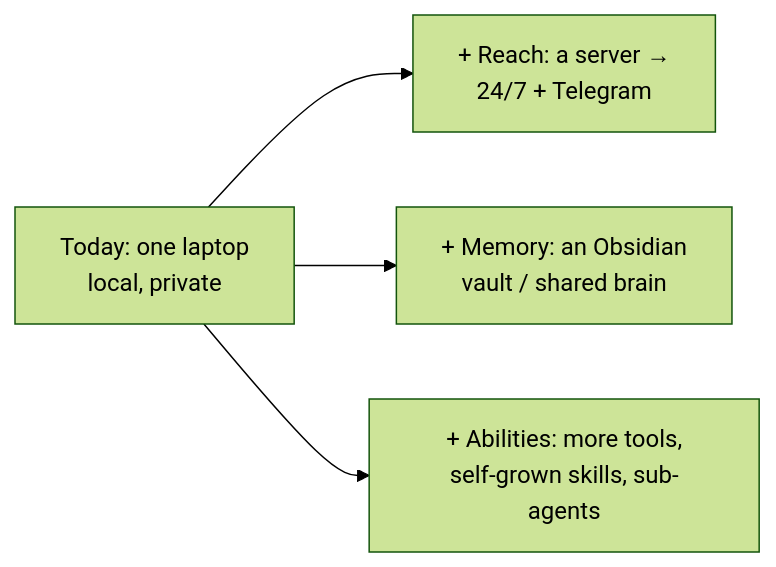
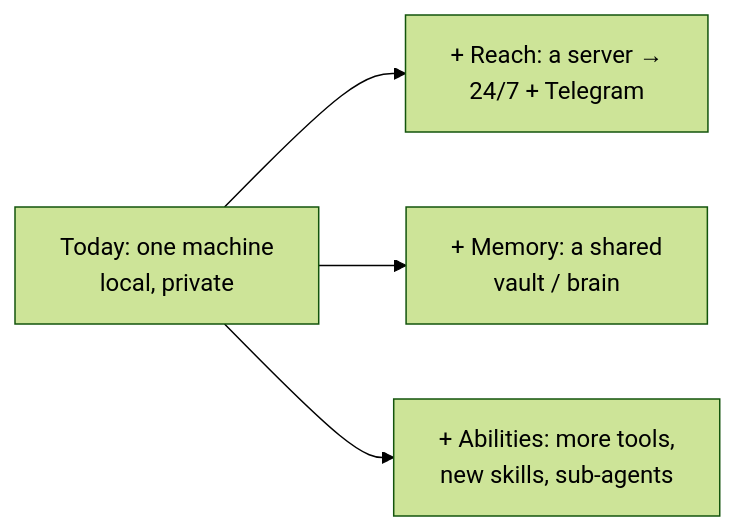
The fifth of 7 diagrams in docs/guidebook.md (romaluev/ernest-cc), drawn with Mermaid (forest theme) before and after one commit. The commit also changed other lines of this file and 6 other files, not shown here.

````diff
--- a/docs/guidebook.md
+++ b/docs/guidebook.md
@@ -134,6 +138,6 @@
 ```mermaid
 flowchart LR
-    T0["Today: one laptop<br/>local, private"] --> R["+ Reach: a server →<br/>24/7 + Telegram"]
-    T0 --> M["+ Memory: an Obsidian<br/>vault / shared brain"]
-    T0 --> A["+ Abilities: more tools,<br/>self-grown skills, sub-agents"]
+    T0["Today: one machine<br/>local, private"] --> R["+ Reach: a server →<br/>24/7 + Telegram"]
+    T0 --> M["+ Memory: a shared<br/>vault / brain"]
+    T0 --> A["+ Abilities: more tools,<br/>new skills, sub-agents"]
 ```
````
